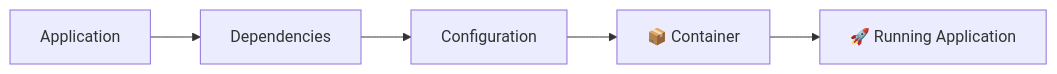
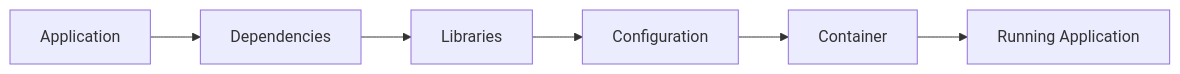
Diagram 19 of 37 in DevOps-Labs-and-Projects/ Day-06 to Day-12/README.md (Yuvii2102/My-Devops-Cloud-Journey), drawn with Mermaid before and after one commit. The commit also changed other lines of this file, not shown here.

````diff
--- a/DevOps-Labs-and-Projects/ Day-06 to Day-12/README.md
+++ b/DevOps-Labs-and-Projects/ Day-06 to Day-12/README.md
@@ -1228,7 +909,8 @@
 ```mermaid
 flowchart LR
     A["Application"] --> B["Dependencies"]
-    B --> C["Configuration"]
-    C --> D["📦 Container"]
-    D --> E["🚀 Running Application"]
+    B --> C["Libraries"]
+    C --> D["Configuration"]
+    D --> E["Container"]
+    E --> F["Running Application"]
 ```
````
